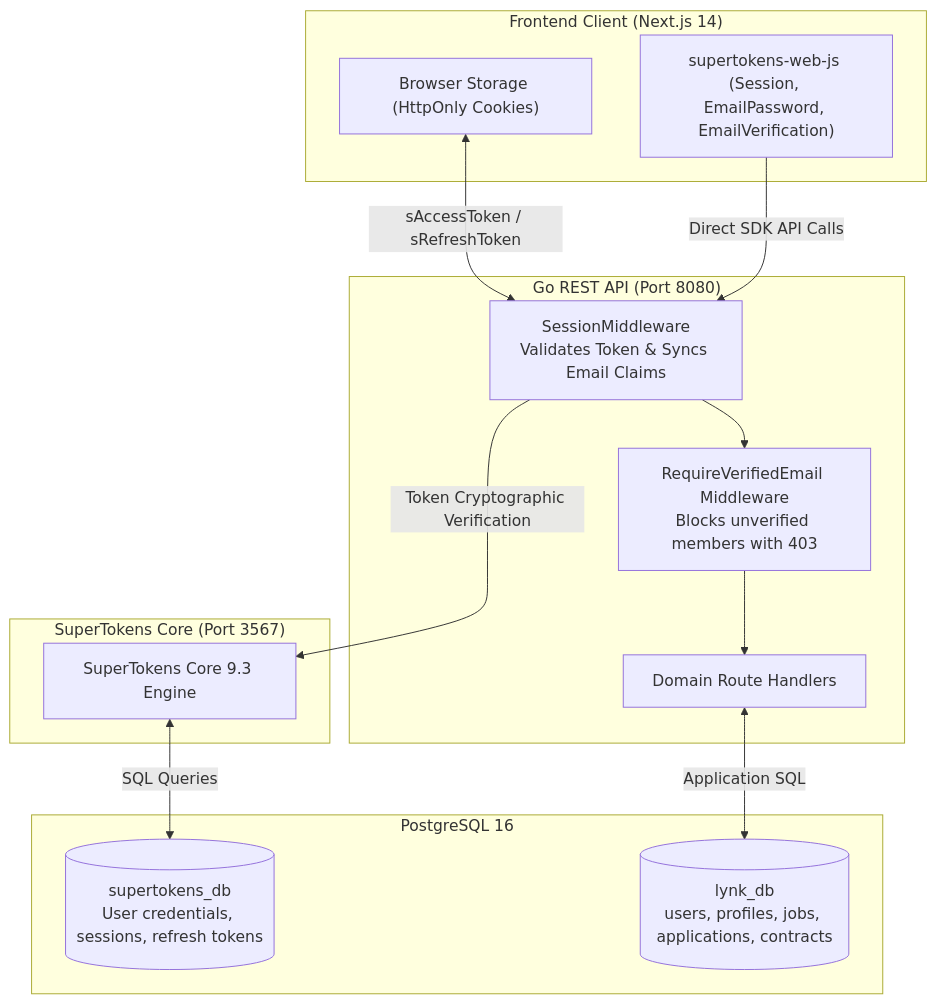
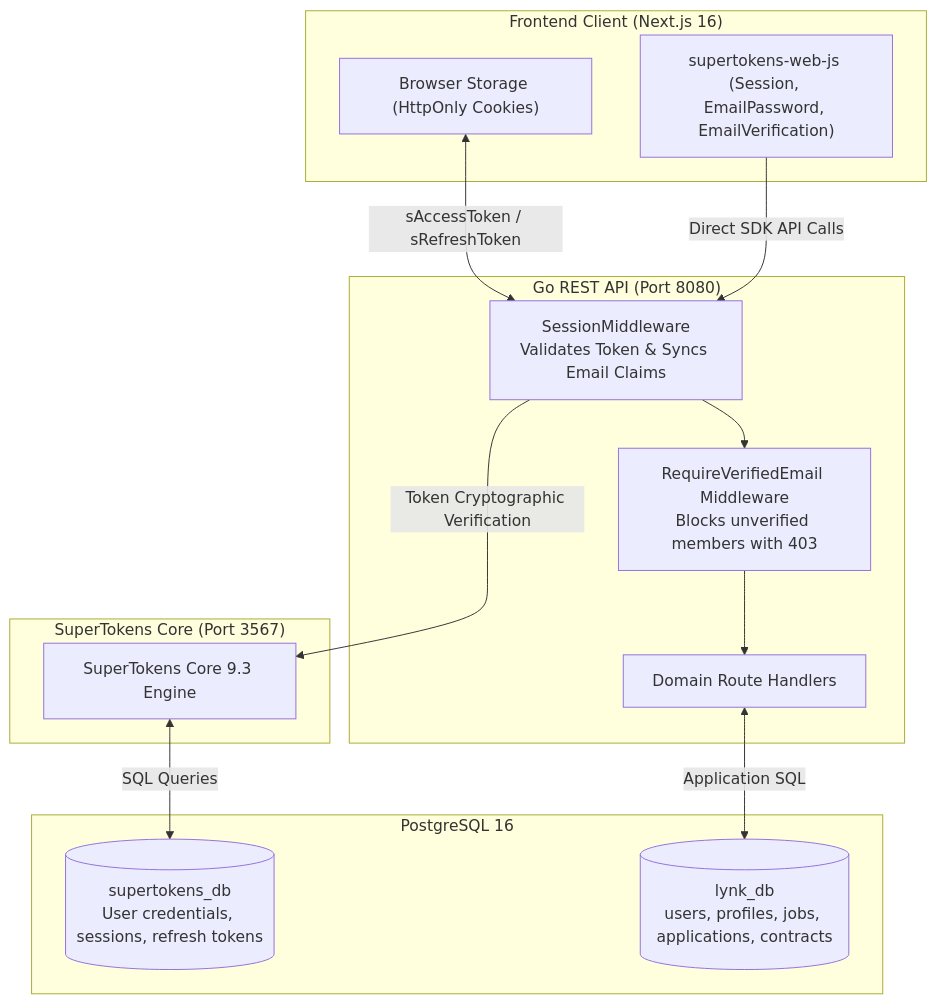
Before and after one commit to BIJJUDAMA/Lynk: the first of 3 diagrams in docs/architecture/security-and-iam.md, drawn with Mermaid. The commit also changed other lines of this file and 13 other files, not shown here.

````diff
--- a/docs/architecture/security-and-iam.md
+++ b/docs/architecture/security-and-iam.md
@@ -15,29 +15,29 @@
 ```mermaid
 flowchart TB
-    subgraph Client["Frontend Client (Next.js 14)"]
+    subgraph Client["Frontend Client (Next.js 16)"]
         Browser["Browser Storage (HttpOnly Cookies)"]
         STWebJS["supertokens-web-js (Session, EmailPassword, EmailVerification)"]
     end
 
     subgraph BackendAPI["Go REST API (Port 8080)"]
         SessionMW["SessionMiddleware<br/>Validates Token & Syncs Email Claims"]
         EmailGate["RequireVerifiedEmail Middleware<br/>Blocks unverified members with 403"]
         Handlers["Domain Route Handlers"]
     end
 
     subgraph IAM["SuperTokens Core (Port 3567)"]
         STCore["SuperTokens Core 9.3 Engine"]
     end
 
     subgraph Database["PostgreSQL 16"]
         AuthDB[("supertokens_db<br/>User credentials, sessions, refresh tokens")]
         AppDB[("lynk_db<br/>users, profiles, jobs, applications, contracts")]
     end
 
     Browser <-->|sAccessToken / sRefreshToken| SessionMW
     STWebJS -->|Direct SDK API Calls| SessionMW
     SessionMW -->|Token Cryptographic Verification| STCore
     STCore <-->|SQL Queries| AuthDB
     SessionMW --> EmailGate --> Handlers
     Handlers <-->|Application SQL| AppDB
 ```
````
